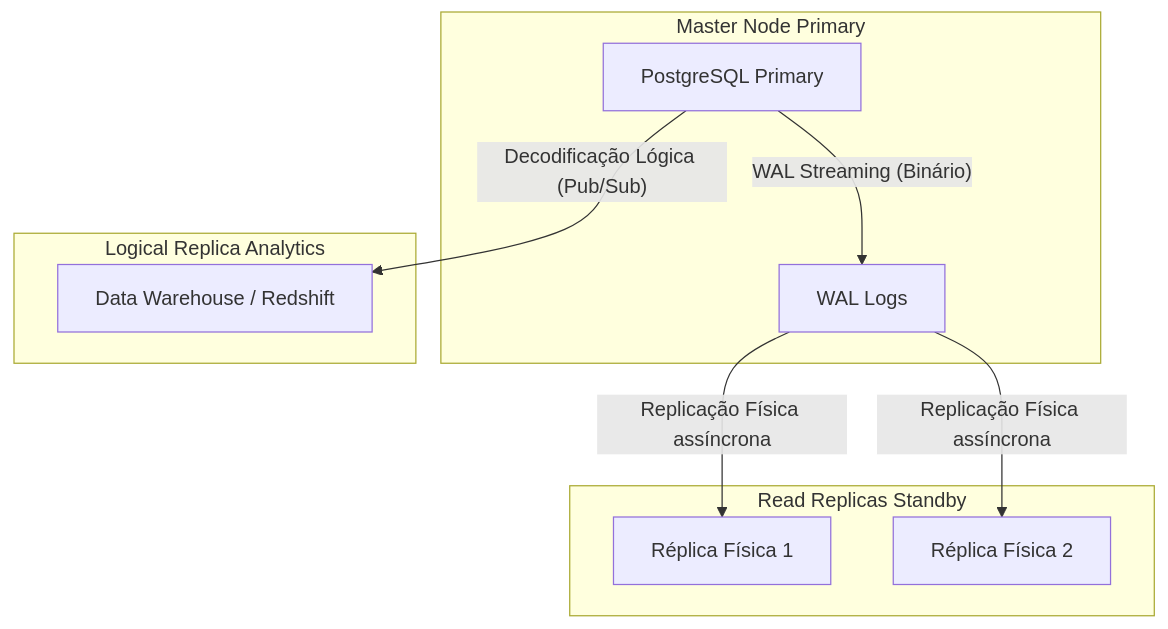
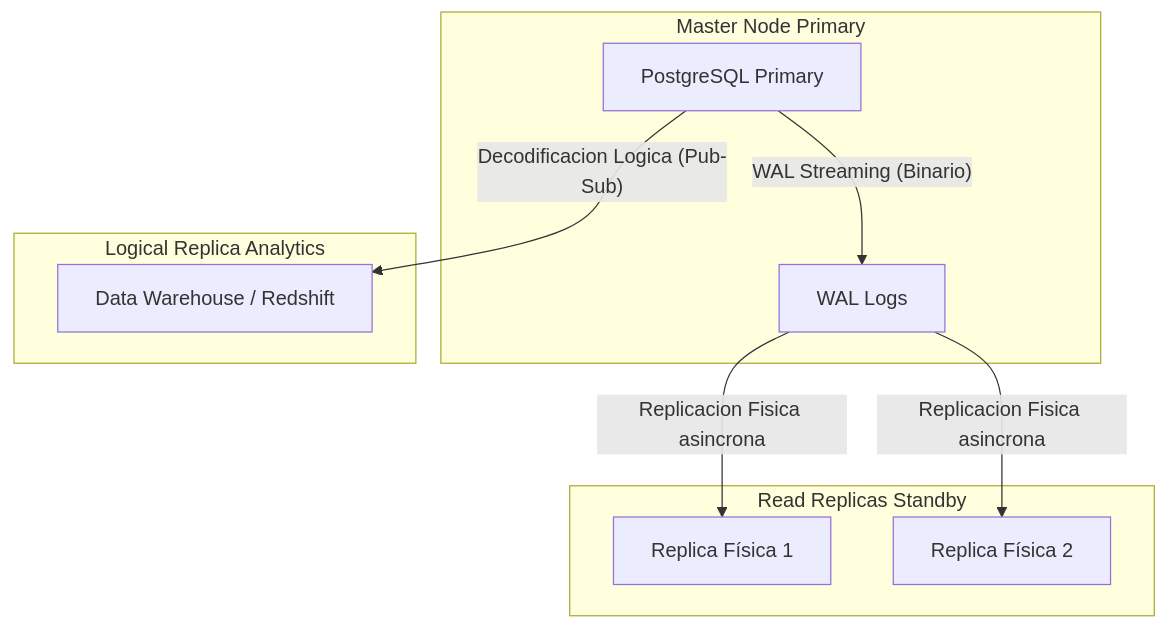
One commit to gjpierp/nmergeia changed the first of 2 diagrams in public/docs/pt/postgres_experto.md. Above: the diagram before and after it, drawn with Mermaid. The commit also changed other lines of this file and 518 other files, not shown here.

````diff
--- a/public/docs/pt/postgres_experto.md
+++ b/public/docs/pt/postgres_experto.md
@@ -34,21 +34,21 @@
 ```mermaid
 graph TD
     subgraph primary_node [Master Node Primary]
-    P[PostgreSQL Primary]
-    WAL[WAL Logs]
+        P[PostgreSQL Primary]
+        WAL[WAL Logs]
     end
     
     subgraph standby_node [Read Replicas Standby]
-    S1[Réplica Física 1]
-    S2[Réplica Física 2]
+        S1[Replica Física 1]
+        S2[Replica Física 2]
     end
     
     subgraph analytics_node [Logical Replica Analytics]
-    L1[Data Warehouse / Redshift]
+        L1[Data Warehouse / Redshift]
     end
 
-    P -->|"WAL Streaming (Binário)"| WAL
-    WAL -->|Replicação Física assíncrona| S1
-    WAL -->|Replicação Física assíncrona| S2
-    P -->|"Decodificação Lógica (Pub/Sub)"| L1
+    P -->|"WAL Streaming (Binario)"| WAL
+    WAL -->|"Replicacion Fisica asincrona"| S1
+    WAL -->|"Replicacion Fisica asincrona"| S2
+    P -->|"Decodificacion Logica (Pub-Sub)"| L1
 ```
````
